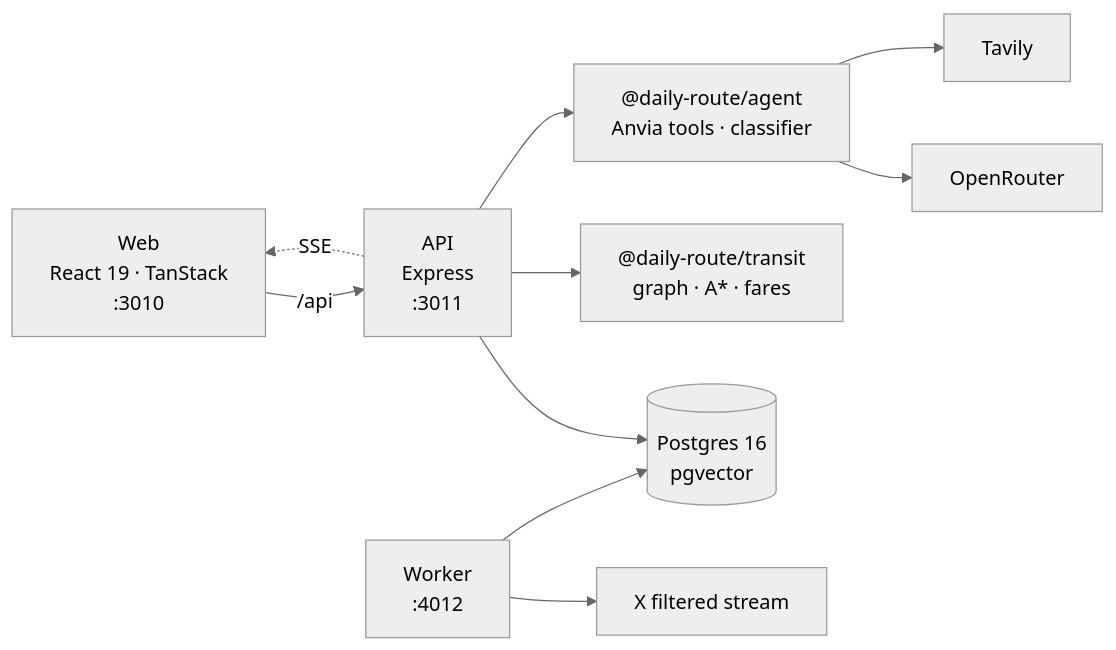
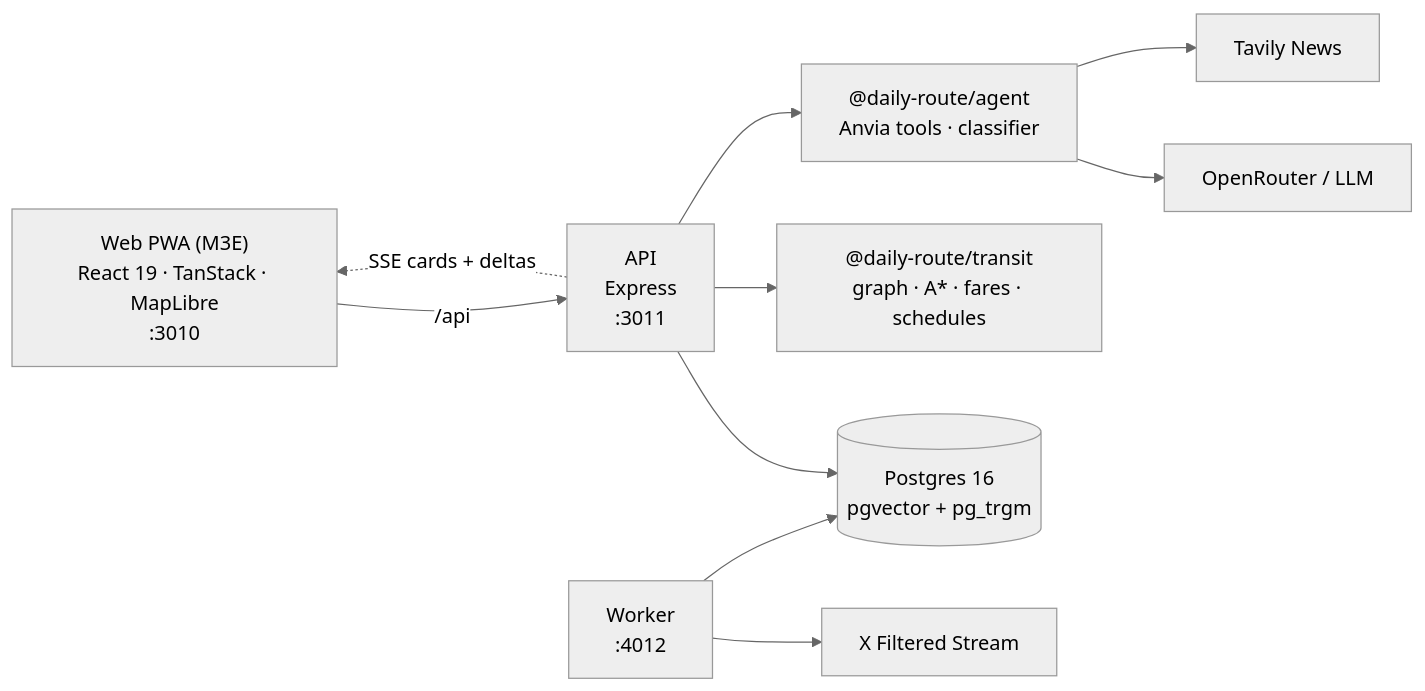
One commit to iqbalShafiq/daily-route changed the diagram in README.md. Above: the diagram before and after it, drawn with Mermaid (neutral theme). The commit also changed other lines of this file and 21 other files, not shown here.

````diff
--- a/README.md
+++ b/README.md
@@ -58,12 +223,12 @@
 ```mermaid
 flowchart LR
-  Web["Web<br/>React 19 · TanStack<br/>:3010"] -->|/api| API["API<br/>Express<br/>:3011"]
-  API --> DB[(Postgres 16<br/>pgvector)]
-  API --> Transit["@daily-route/transit<br/>graph · A* · fares"]
+  Web["Web PWA (M3E)<br/>React 19 · TanStack · MapLibre<br/>:3010"] -->|/api| API["API<br/>Express<br/>:3011"]
+  API --> DB[(Postgres 16<br/>pgvector + pg_trgm)]
+  API --> Transit["@daily-route/transit<br/>graph · A* · fares · schedules"]
   API --> Agent["@daily-route/agent<br/>Anvia tools · classifier"]
-  Agent --> Models["OpenRouter"]
-  Agent --> Tavily["Tavily"]
-  Worker["Worker<br/>:4012"] --> X["X filtered stream"]
+  Agent --> Models["OpenRouter / LLM"]
+  Agent --> Tavily["Tavily News"]
+  Worker["Worker<br/>:4012"] --> X["X Filtered Stream"]
   Worker --> DB
-  API -.->|SSE| Web
+  API -.->|SSE cards + deltas| Web
 ```
````
